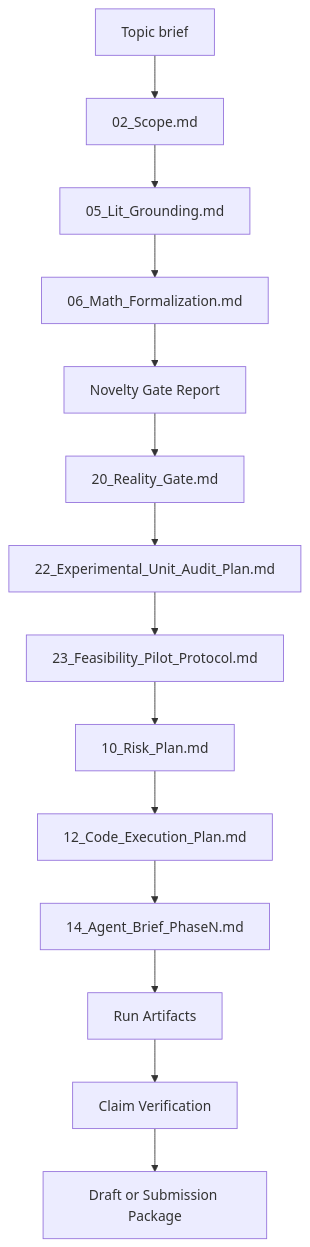
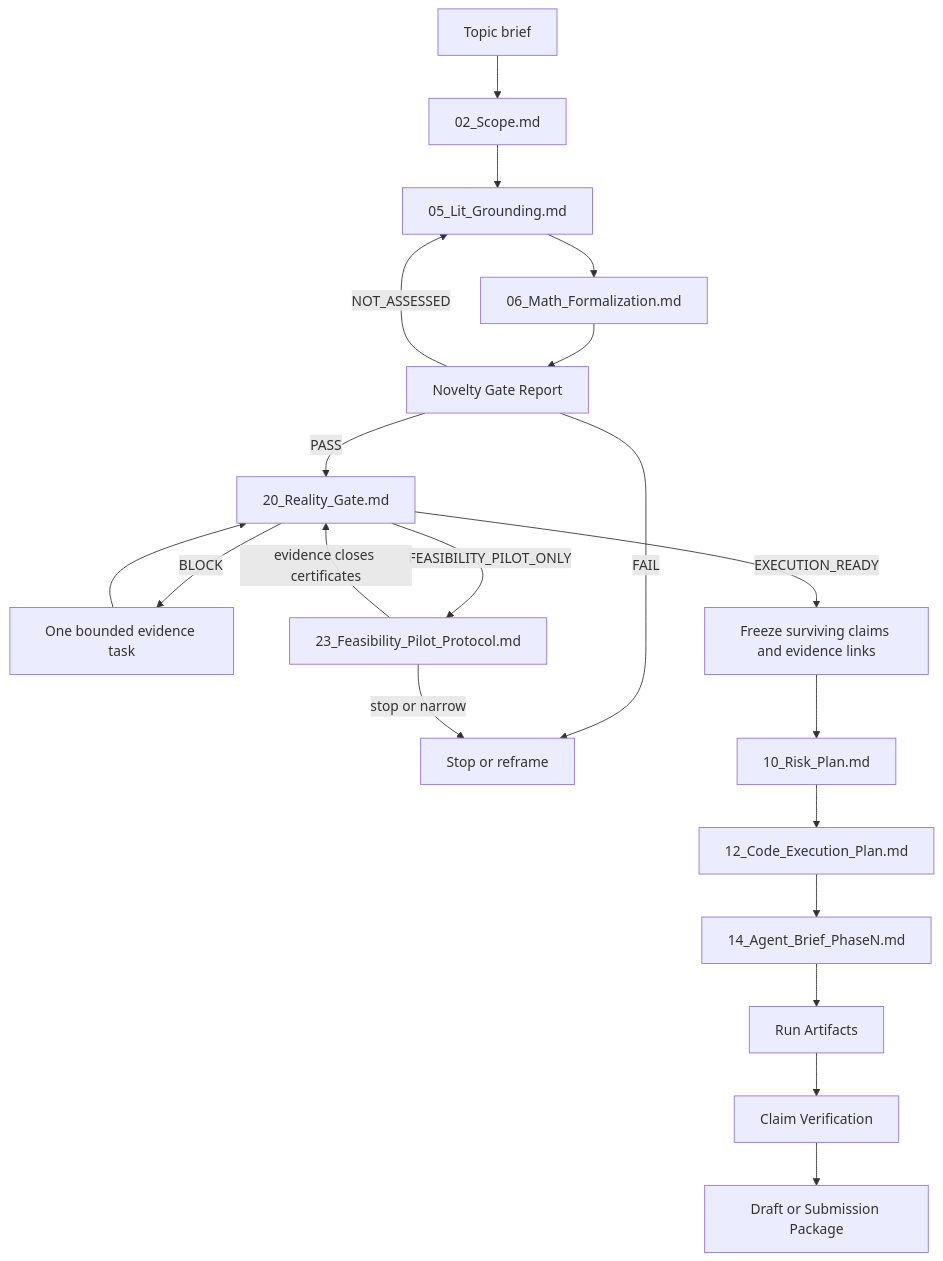
One commit to ngtiendong/Academic-Research-Agent-Skill changed the diagram in docs/visuals/artifact_pipeline.mmd. Above: the diagram before and after it, drawn with Mermaid. The commit also changed 32 other files, not shown here.

```diff
--- a/docs/visuals/artifact_pipeline.mmd
+++ b/docs/visuals/artifact_pipeline.mmd
@@ -1,14 +1,20 @@
 flowchart TD
     T["Topic brief"] --> S["02_Scope.md"]
     S --> L["05_Lit_Grounding.md"]
     L --> M["06_Math_Formalization.md"]
     M --> N["Novelty Gate Report"]
-    N --> G["20_Reality_Gate.md"]
-    G --> U["22_Experimental_Unit_Audit_Plan.md"]
-    U --> P["23_Feasibility_Pilot_Protocol.md"]
-    P --> R["10_Risk_Plan.md"]
+    N -->|"NOT_ASSESSED"| L
+    N -->|"FAIL"| X["Stop or reframe"]
+    N -->|"PASS"| G["20_Reality_Gate.md"]
+    G -->|"BLOCK"| U["One bounded evidence task"]
+    U --> G
+    G -->|"FEASIBILITY_PILOT_ONLY"| P["23_Feasibility_Pilot_Protocol.md"]
+    P -->|"stop or narrow"| X
+    P -->|"evidence closes certificates"| G
+    G -->|"EXECUTION_READY"| F["Freeze surviving claims and evidence links"]
+    F --> R["10_Risk_Plan.md"]
     R --> C["12_Code_Execution_Plan.md"]
     C --> B["14_Agent_Brief_PhaseN.md"]
     B --> E["Run Artifacts"]
     E --> V["Claim Verification"]
     V --> D["Draft or Submission Package"]
```
